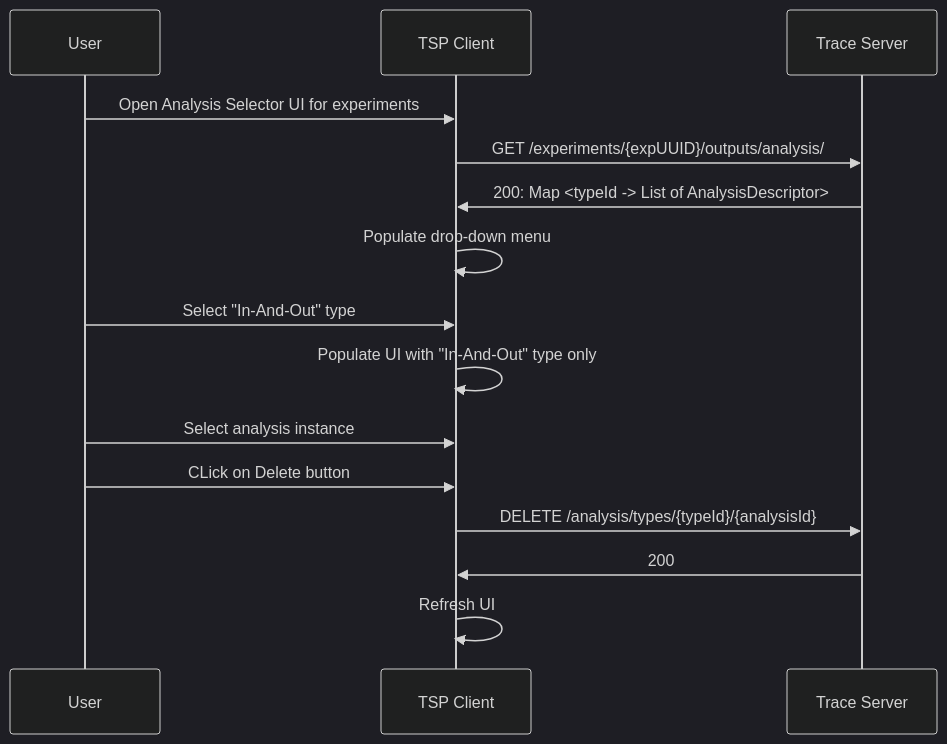
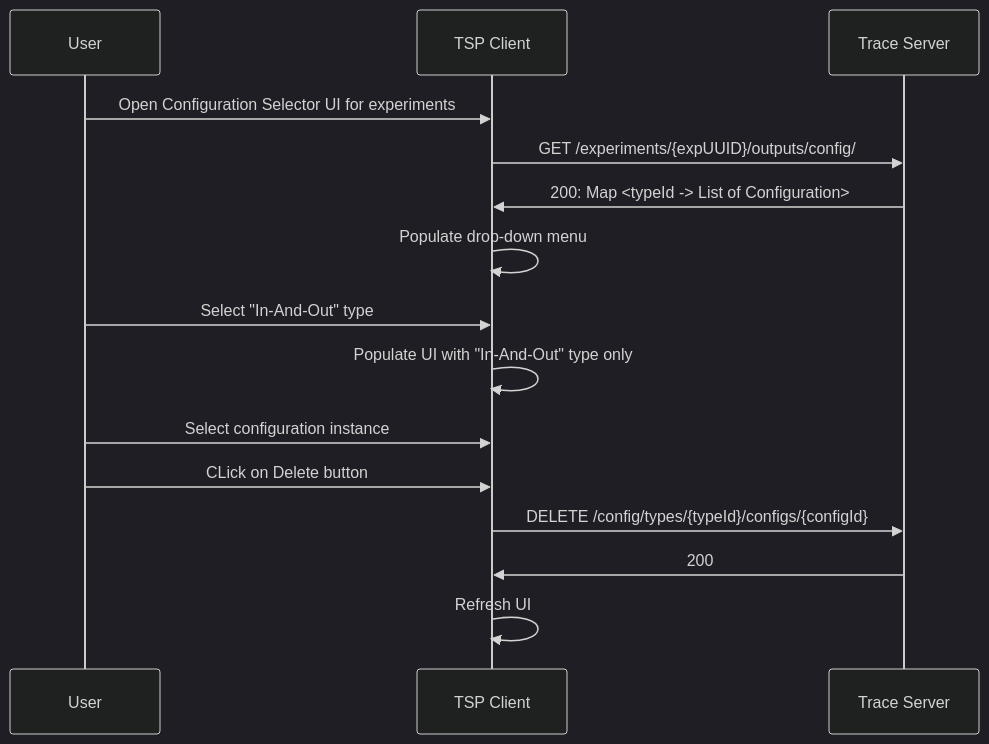
The fifth of 5 diagrams in doc/adr/0011-tsp-analysis-api.md (eclipse-cdt-cloud/theia-trace-extension), drawn with Mermaid (dark theme) before and after one commit. The commit also changed other lines of this file, not shown here.

First line of the commit message:
ADR: Generalize analysis-api ADR towards other configurations

````diff
--- a/doc/adr/0011-tsp-analysis-api.md
+++ b/doc/adr/0011-tsp-analysis-api.md
@@ -215,17 +215,17 @@
 ```mermaid
 sequenceDiagram
     participant user as User
     participant client as TSP Client
     participant server as Trace Server
-    user->>client: Open Analysis Selector UI for experiments
-    client->>server: GET /experiments/{expUUID}/outputs/analysis/
-    server->>client: 200: Map <typeId -> List of AnalysisDescriptor>
+    user->>client: Open Configuration Selector UI for experiments
+    client->>server: GET /experiments/{expUUID}/outputs/config/
+    server->>client: 200: Map <typeId -> List of Configuration>
     client->>client: Populate drop-down menu
     user->>client: Select "In-And-Out" type
     client->>client: Populate UI with "In-And-Out" type only
-    user->>client: Select analysis instance
+    user->>client: Select configuration instance
     user->>client: CLick on Delete button
-    client->>server: DELETE /analysis/types/{typeId}/{analysisId}
+    client->>server: DELETE /config/types/{typeId}/configs/{configId}
     server->>client: 200
     client->>client: Refresh UI
 ```
````
